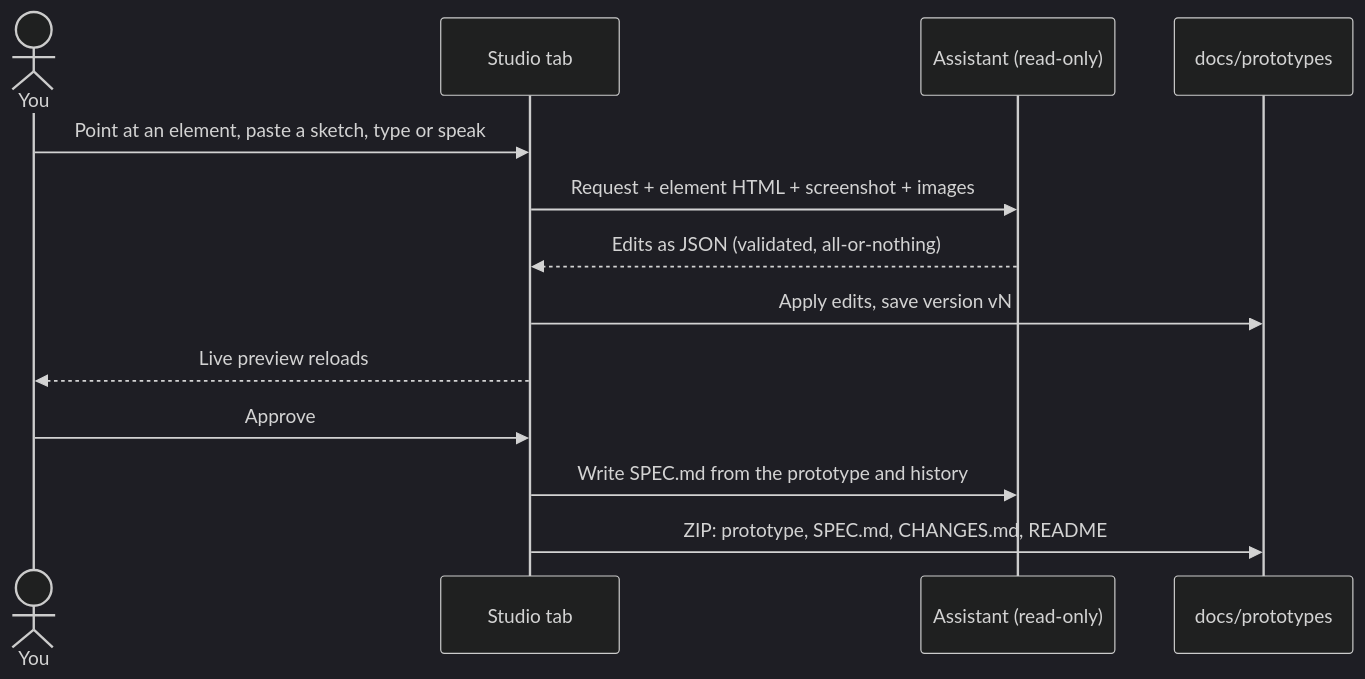
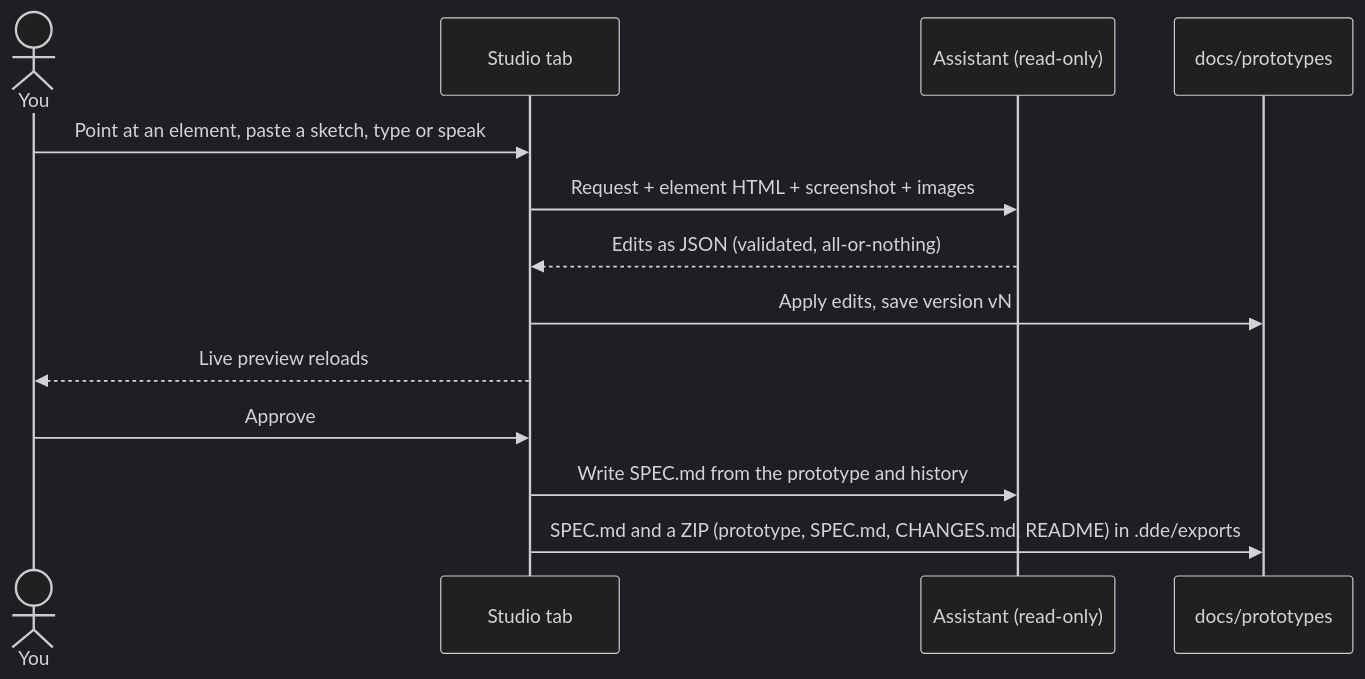
The eighth of 10 diagrams in README.md (t-boris/MarkView), drawn with Mermaid (dark theme) before and after one commit. The commit also changed other lines of this file and 5 other files, not shown here.

````diff
--- a/README.md
+++ b/README.md
@@ -344,15 +475,15 @@
 ```mermaid
 sequenceDiagram
     actor You
     participant Studio as Studio tab
     participant AI as Assistant (read-only)
     participant Disk as docs/prototypes
     You->>Studio: Point at an element, paste a sketch, type or speak
     Studio->>AI: Request + element HTML + screenshot + images
     AI-->>Studio: Edits as JSON (validated, all-or-nothing)
     Studio->>Disk: Apply edits, save version vN
     Studio-->>You: Live preview reloads
     You->>Studio: Approve
     Studio->>AI: Write SPEC.md from the prototype and history
-    Studio->>Disk: ZIP: prototype, SPEC.md, CHANGES.md, README
+    Studio->>Disk: SPEC.md and a ZIP (prototype, SPEC.md, CHANGES.md, README) in .dde/exports
 ```
````
